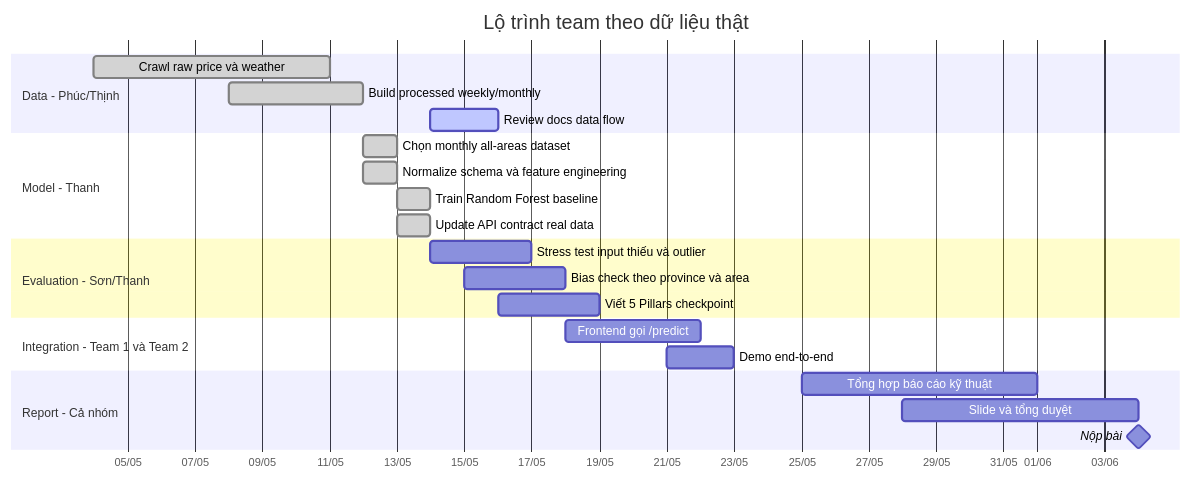
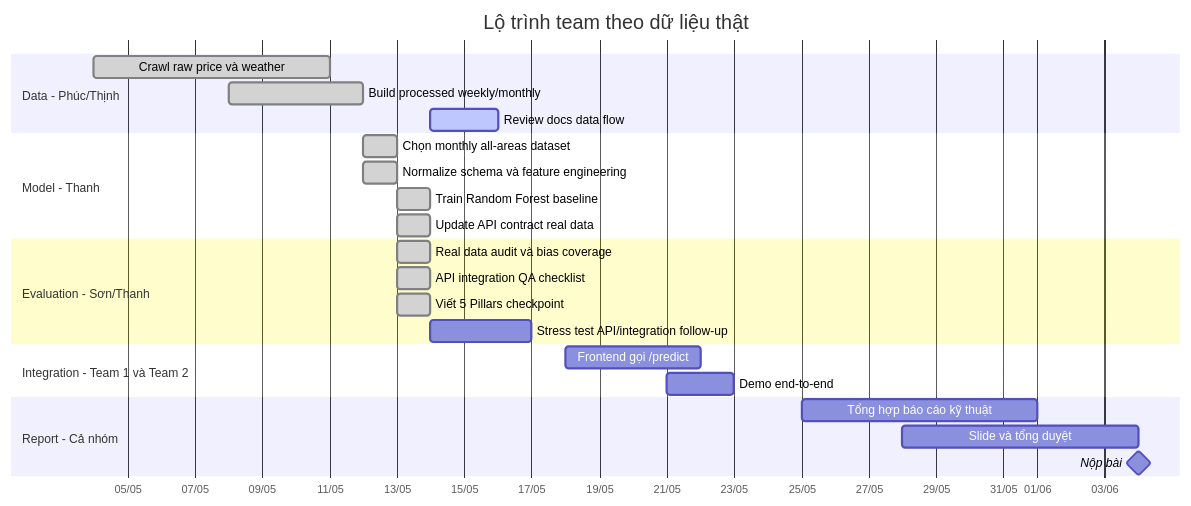
Before and after one commit to uit-25730067-chithanh/AI002-Team22-DT10: the seventh of 7 diagrams in docs/discussions/2026-05-13-team-data-flow-roadmap.md, drawn with Mermaid. The commit also changed other lines of this file and 3 other files, not shown here.

First line of the commit message:
docs: sync roadmap with Son evaluation pack

````diff
--- a/docs/discussions/2026-05-13-team-data-flow-roadmap.md
+++ b/docs/discussions/2026-05-13-team-data-flow-roadmap.md
@@ -172,31 +175,32 @@
 ```mermaid
 gantt
     title Lộ trình team theo dữ liệu thật
     dateFormat  YYYY-MM-DD
     axisFormat  %d/%m
 
     section Data - Phúc/Thịnh
     Crawl raw price và weather                  :done, d1, 2026-05-04, 7d
     Build processed weekly/monthly              :done, d2, 2026-05-08, 4d
     Review docs data flow                        :active, d3, 2026-05-14, 2d
 
     section Model - Thanh
     Chọn monthly all-areas dataset               :done, m1, 2026-05-12, 1d
     Normalize schema và feature engineering      :done, m2, 2026-05-12, 1d
     Train Random Forest baseline                 :done, m3, 2026-05-13, 1d
     Update API contract real data                :done, m4, 2026-05-13, 1d
 
     section Evaluation - Sơn/Thanh
-    Stress test input thiếu và outlier           :e1, 2026-05-14, 3d
-    Bias check theo province và area             :e2, 2026-05-15, 3d
-    Viết 5 Pillars checkpoint                    :e3, 2026-05-16, 3d
+    Real data audit và bias coverage             :done, e0, 2026-05-13, 1d
+    API integration QA checklist                 :done, e1, 2026-05-13, 1d
+    Viết 5 Pillars checkpoint                    :done, e2, 2026-05-13, 1d
+    Stress test API/integration follow-up        :e3, 2026-05-14, 3d
 
     section Integration - Team 1 và Team 2
     Frontend gọi /predict                        :i1, 2026-05-18, 4d
     Demo end-to-end                              :i2, 2026-05-21, 2d
 
     section Report - Cả nhóm
     Tổng hợp báo cáo kỹ thuật                    :r1, 2026-05-25, 7d
     Slide và tổng duyệt                          :r2, 2026-05-28, 7d
     Nộp bài                                      :milestone, r3, 2026-06-04, 0d
 ```
````
